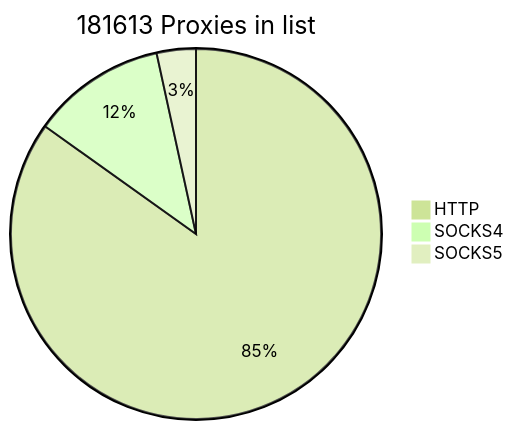
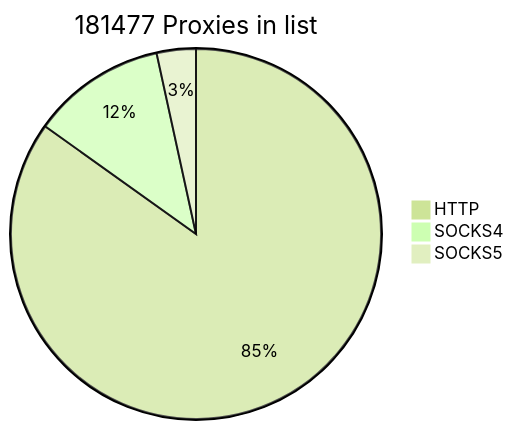
Before and after one commit to cutipu/proxylist: the first of 2 diagrams in README.md, drawn with Mermaid (forest theme). The commit also changed other lines of this file, not shown here.

````diff
--- a/README.md
+++ b/README.md
@@ -2,7 +2,7 @@
 ```mermaid
-pie title 181613 Proxies in list
-    "HTTP" : 154123
-    "SOCKS4" : 21283
-    "SOCKS5" : 6207
+pie title 181477 Proxies in list
+    "HTTP" : 154016
+    "SOCKS4" : 21258
+    "SOCKS5" : 6203
             
 ```
````
